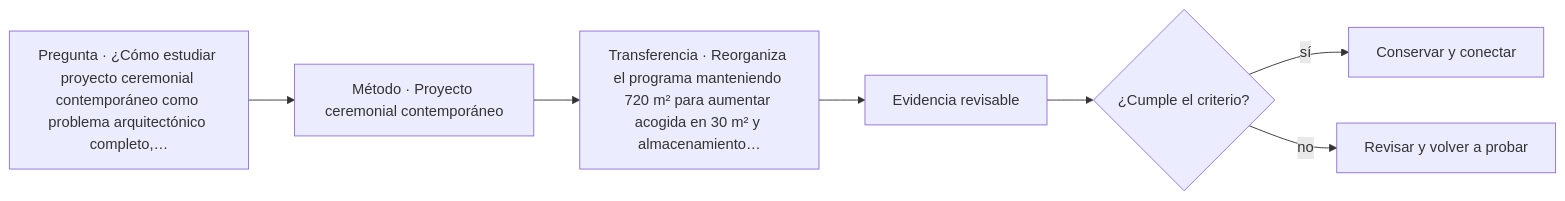
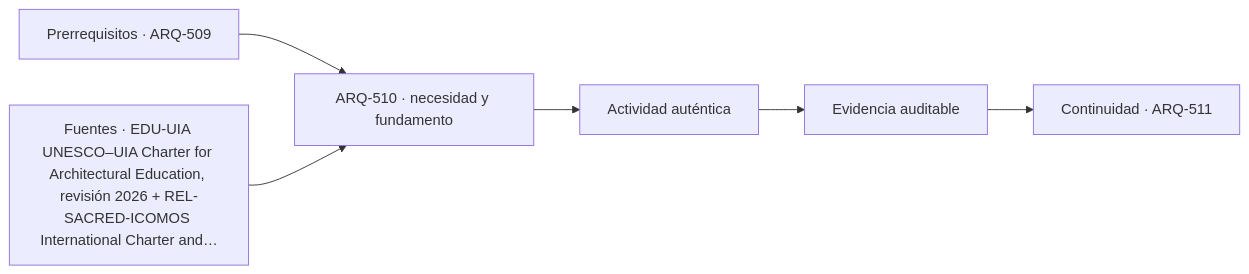
The diagram in classes/parte-51/ARQ-510.md (vladimiracunadev-create/architecture-built-environment-learning-program), drawn with Mermaid before and after one commit. The commit also changed other lines of this file and 761 other files, not shown here.

````diff
--- a/classes/parte-51/ARQ-510.md
+++ b/classes/parte-51/ARQ-510.md
@@ -81,9 +93,8 @@
 ```mermaid
 flowchart LR
-    Q["Pregunta · ¿Cómo estudiar proyecto ceremonial contemporáneo como problema arquitectónico completo,…"] --> M["Método · Proyecto ceremonial contemporáneo"]
-    M --> P["Transferencia · Reorganiza el programa manteniendo 720 m² para aumentar acogida en 30 m² y almacenamiento…"]
-    P --> E["Evidencia revisable"]
-    E --> C{"¿Cumple el criterio?"}
-    C -->|sí| T["Conservar y conectar"]
-    C -->|no| R["Revisar y volver a probar"]
+    A["Prerrequisitos · ARQ-509"] --> B["ARQ-510 · necesidad y fundamento"]
+    S["Fuentes · EDU-UIA UNESCO–UIA Charter for Architectural Education, revisión 2026 + REL-SACRED-ICOMOS International Charter and…"] --> B
+    B --> C["Actividad auténtica"]
+    C --> D["Evidencia auditable"]
+    D --> E["Continuidad · ARQ-511"]
 ```
````
